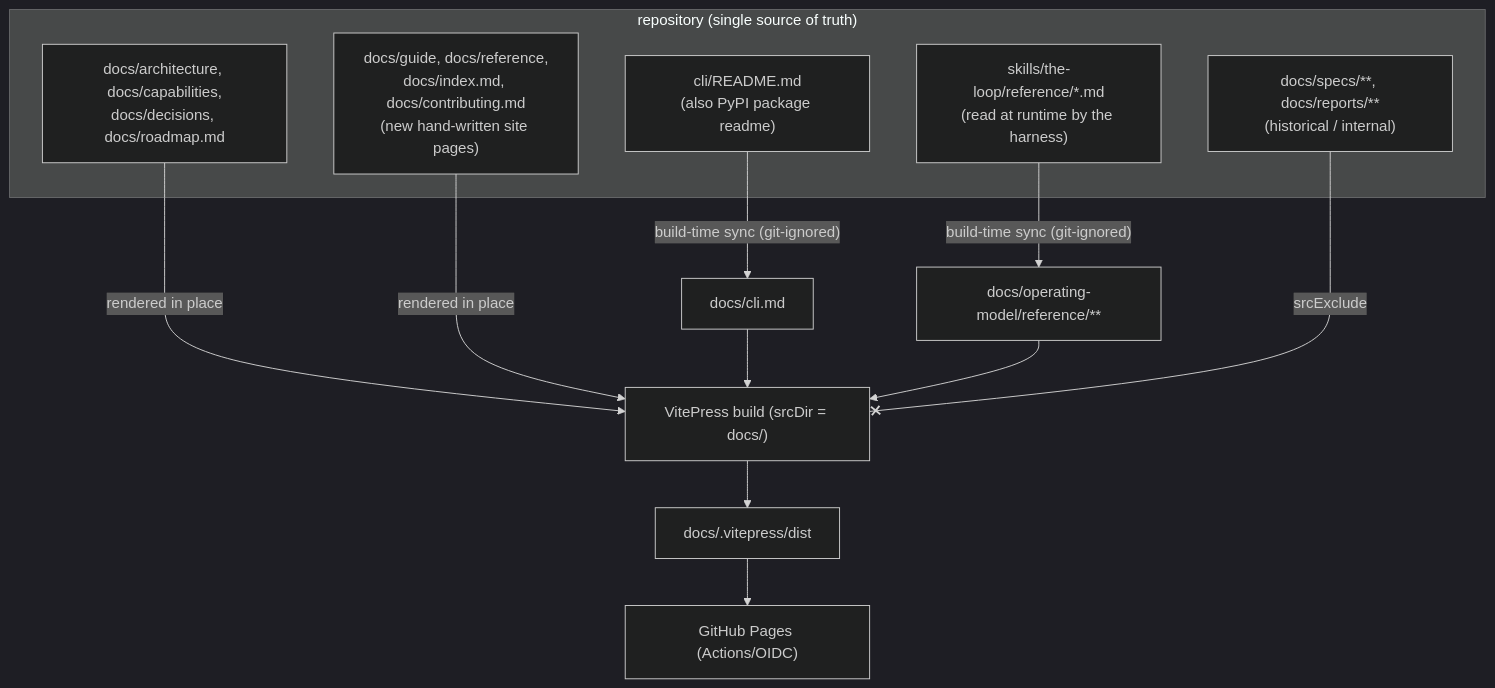
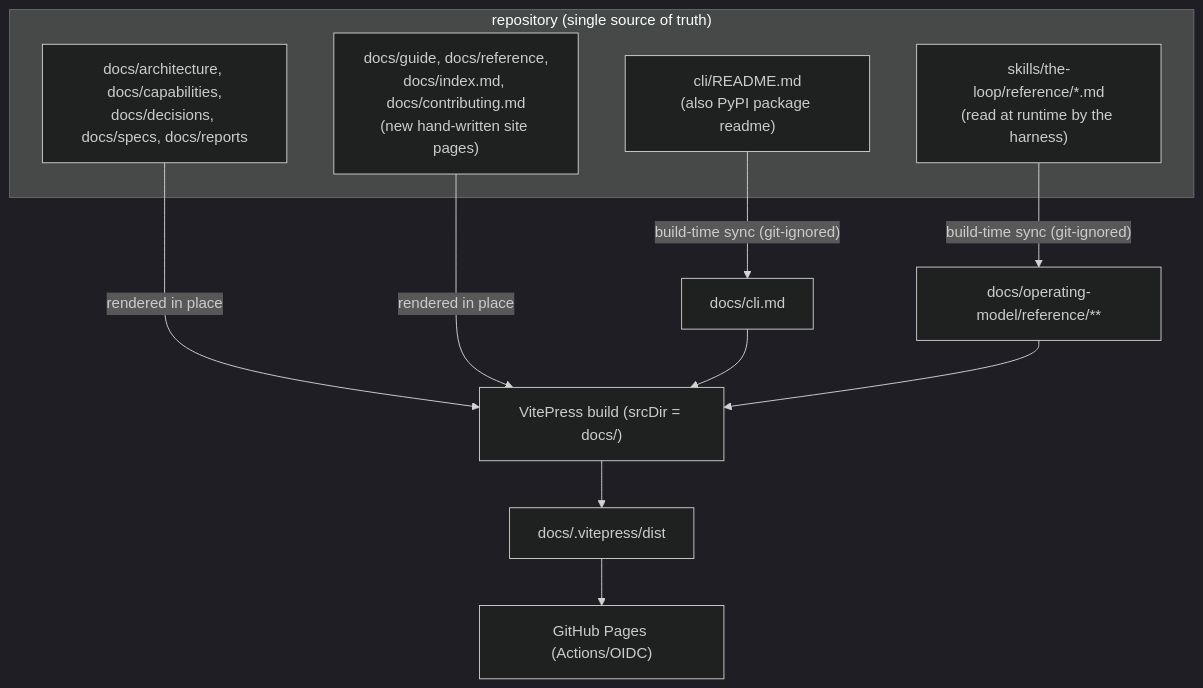
The diagram in docs/specs/issue-70/design.md (MadaraUchiha-314/the-loop), drawn with Mermaid (dark theme) before and after one commit. The commit also changed other lines of this file and 12 other files, not shown here.

First line of the commit message:
docs: include specs & reports in the site, remove stale roadmap

````diff
--- a/docs/specs/issue-70/design.md
+++ b/docs/specs/issue-70/design.md
@@ -35,19 +35,17 @@
 ```mermaid
 flowchart TD
   subgraph repo["repository (single source of truth)"]
-    A["docs/architecture, docs/capabilities,\ndocs/decisions, docs/roadmap.md"]
+    A["docs/architecture, docs/capabilities,\ndocs/decisions, docs/specs, docs/reports"]
     G["docs/guide, docs/reference,\ndocs/index.md, docs/contributing.md\n(new hand-written site pages)"]
     C["cli/README.md\n(also PyPI package readme)"]
     R["skills/the-loop/reference/*.md\n(read at runtime by the harness)"]
-    S["docs/specs/**, docs/reports/**\n(historical / internal)"]
   end
   C -- "build-time sync (git-ignored)" --> X["docs/cli.md"]
   R -- "build-time sync (git-ignored)" --> Y["docs/operating-model/reference/**"]
   A -- "rendered in place" --> V["VitePress build (srcDir = docs/)"]
   G -- "rendered in place" --> V
   X --> V
   Y --> V
-  S -- "srcExclude" --x V
   V --> D["docs/.vitepress/dist"]
   D --> P["GitHub Pages (Actions/OIDC)"]
 ```
````
